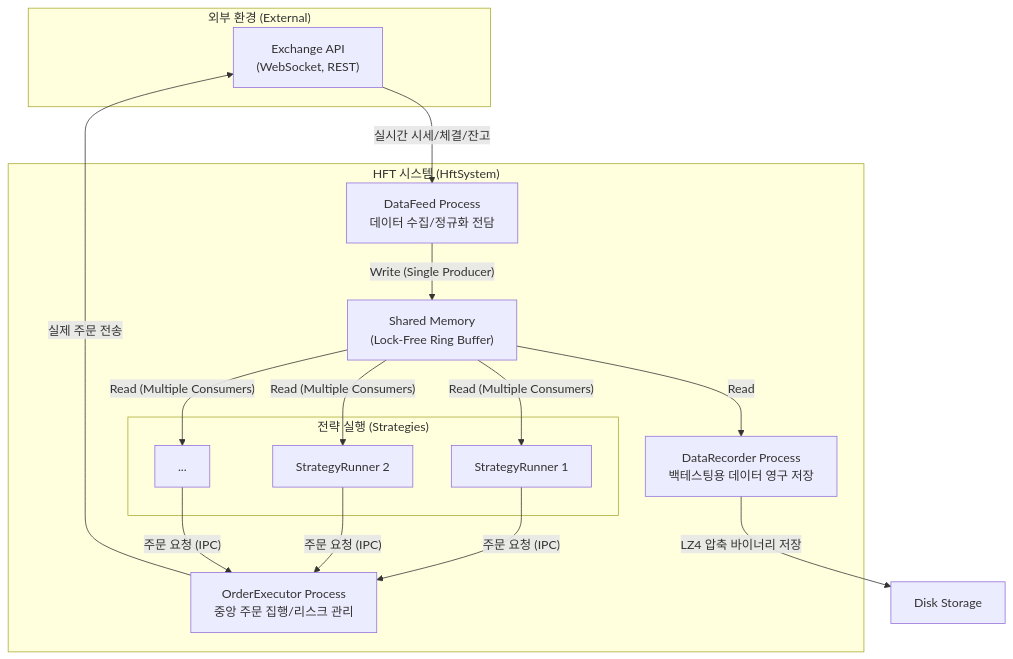
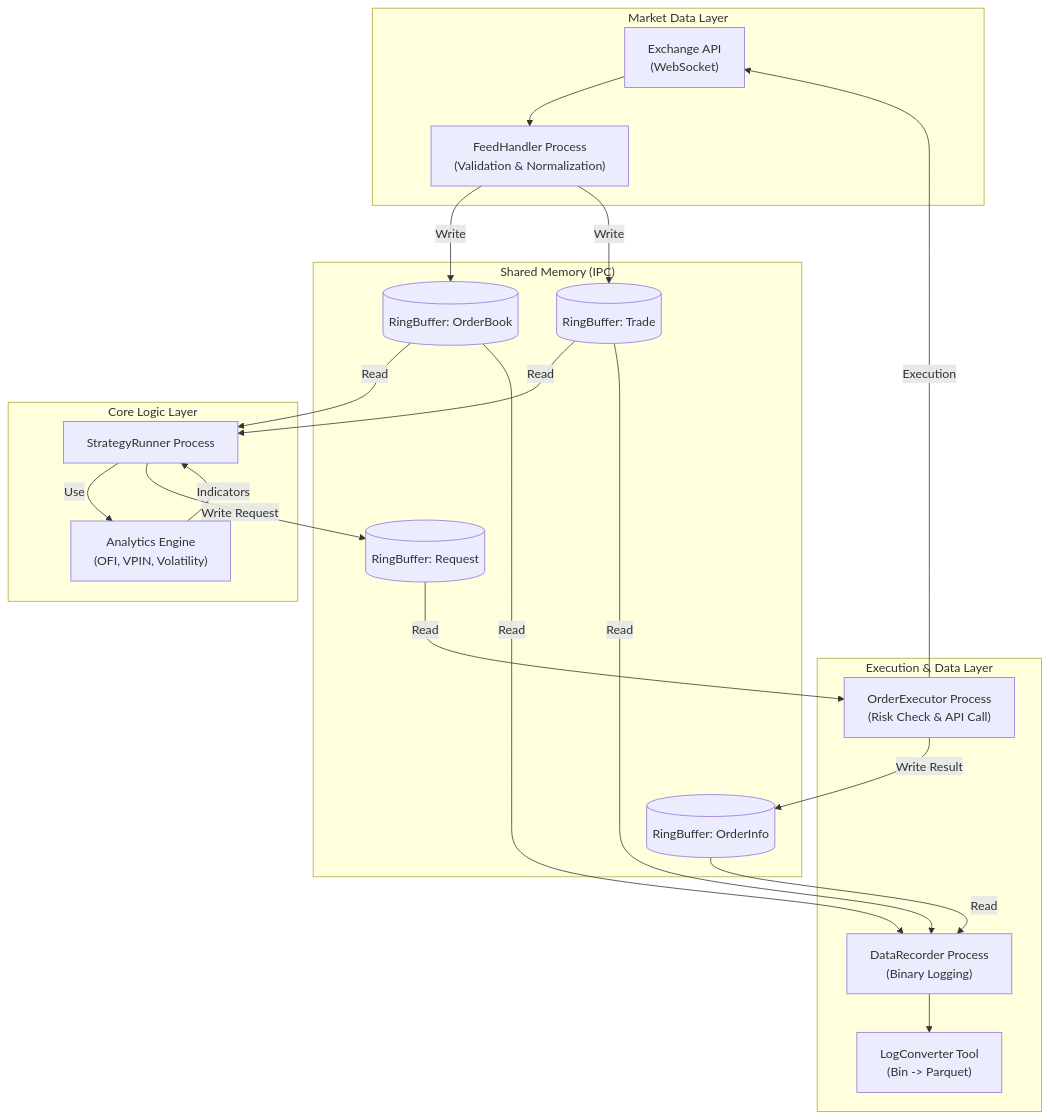
Before and after one commit to namkyu33/hft-system-architecture: the diagram in README.md, drawn with Mermaid. The commit also changed other lines of this file, not shown here.

````diff
--- a/README.md
+++ b/README.md
@@ -16,38 +12,41 @@
 ```mermaid
 graph TD
-    subgraph "외부 환경 (External)"
-        ExchangeAPI["Exchange API\n(WebSocket, REST)"]
+    subgraph "Market Data Layer"
+        ExchangeAPI["Exchange API\n(WebSocket)"]
+        FeedHandler["FeedHandler Process\n(Validation & Normalization)"]
     end
 
-    subgraph "HFT 시스템 (HftSystem)"
-        DataFeed["DataFeed Process\n데이터 수집/정규화 전담"]
-        SharedMemory["Shared Memory\n(Lock-Free Ring Buffer)"]
-        
-        subgraph "전략 실행 (Strategies)"
-            Strategy1["StrategyRunner 1"]
-            Strategy2["StrategyRunner 2"]
-            StrategyN["..."]
-        end
-
-        OrderExecutor["OrderExecutor Process\n중앙 주문 집행/리스크 관리"]
-        DataRecorder["DataRecorder Process\n백테스팅용 데이터 영구 저장"]
+    subgraph "Shared Memory (IPC)"
+        SHM_Book[("RingBuffer: OrderBook")]
+        SHM_Trade[("RingBuffer: Trade")]
+        SHM_Req[("RingBuffer: Request")]
+        SHM_Info[("RingBuffer: OrderInfo")]
+    end
+    
+    subgraph "Core Logic Layer"
+        StrategyRunner["StrategyRunner Process"]
+        AnalyticsLib["Analytics Engine\n(OFI, VPIN, Volatility)"]
     end
 
-    %% 데이터 흐름 (Data Flow)
-    ExchangeAPI -- "실시간 시세/체결/잔고" --> DataFeed
-    DataFeed -- "Write (Single Producer)" --> SharedMemory
+    subgraph "Execution & Data Layer"
+        OrderExecutor["OrderExecutor Process\n(Risk Check & API Call)"]
+        DataRecorder["DataRecorder Process\n(Binary Logging)"]
+        LogConverter["LogConverter Tool\n(Bin -> Parquet)"]
+    end
+
+    %% Flow
+    ExchangeAPI --> FeedHandler
+    FeedHandler -- "Write" --> SHM_Book & SHM_Trade
     
-    SharedMemory -- "Read (Multiple Consumers)" --> Strategy1
-    SharedMemory -- "Read (Multiple Consumers)" --> Strategy2
-    SharedMemory -- "Read (Multiple Consumers)" --> StrategyN
-    SharedMemory -- "Read" --> DataRecorder
-
-    %% 주문 흐름 (Order Flow)
-    Strategy1 -- "주문 요청 (IPC)" --> OrderExecutor
-    Strategy2 -- "주문 요청 (IPC)" --> OrderExecutor
-    StrategyN -- "주문 요청 (IPC)" --> OrderExecutor
-    OrderExecutor -- "실제 주문 전송" --> ExchangeAPI
-
-    %% 데이터 저장 (Data Recording)
-    DataRecorder -- "LZ4 압축 바이너리 저장" --> Disk[Disk Storage]
+    SHM_Book & SHM_Trade -- "Read" --> StrategyRunner
+    StrategyRunner -- "Use" --> AnalyticsLib
+    AnalyticsLib -- "Indicators" --> StrategyRunner
+    
+    StrategyRunner -- "Write Request" --> SHM_Req
+    SHM_Req -- "Read" --> OrderExecutor
+    OrderExecutor -- "Execution" --> ExchangeAPI
+    OrderExecutor -- "Write Result" --> SHM_Info
+    
+    SHM_Book & SHM_Trade & SHM_Info -- "Read" --> DataRecorder
+    DataRecorder --> LogConverter
 ```
````
